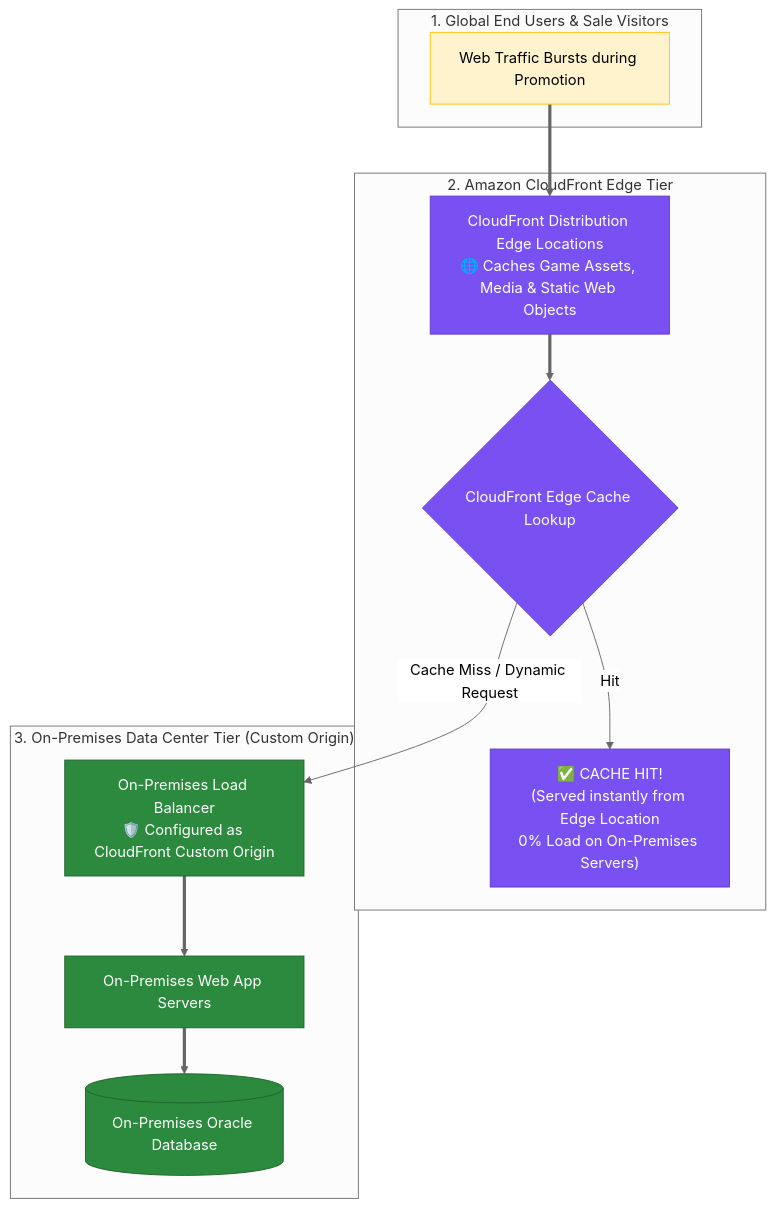
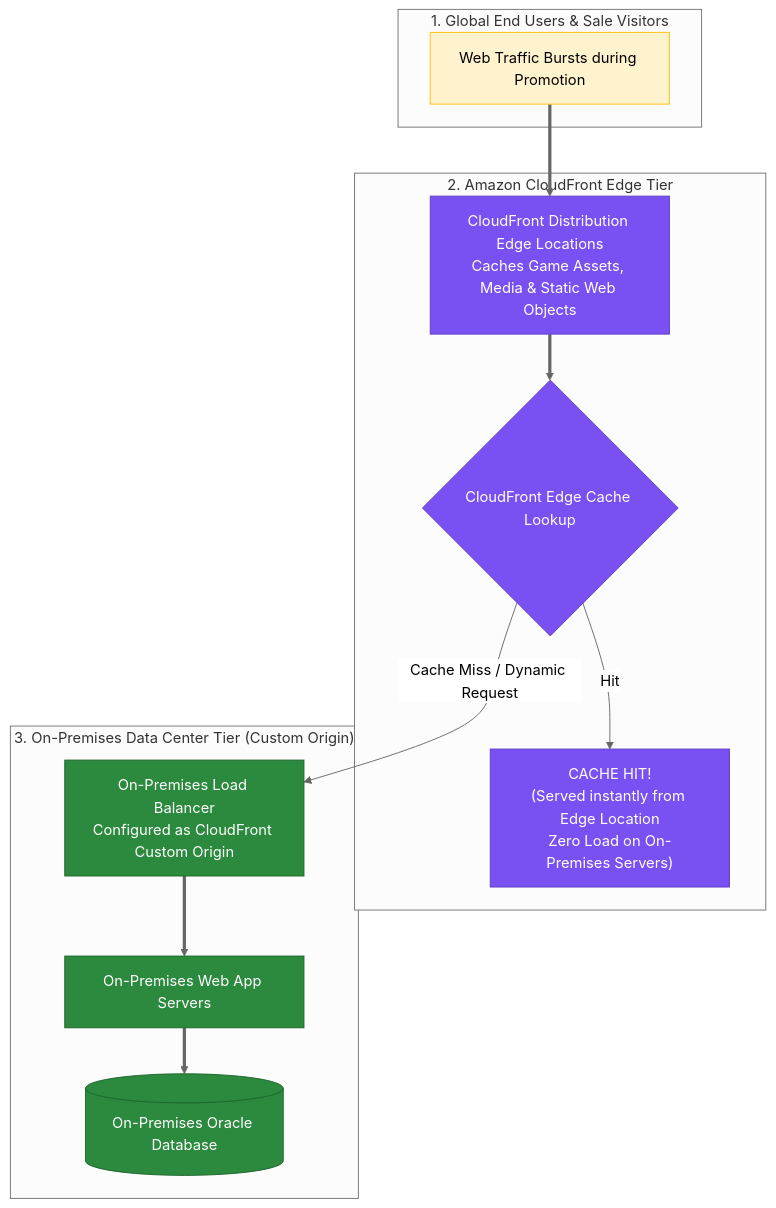
Before and after one commit to ReginRavi/AIP-C01: diagram 15 of 20 in Professional/3.3 Global service offerings (for example, AWS Global Accelerator, Amazon CloudFront, edge computing services).md, drawn with Mermaid (neutral theme). The commit also changed other lines of this file and 1 other file, not shown here.

Commit message:
Fix mermaid diagram syntax in Global service offerings and High-performing systems architectures notes

````diff
--- a/Professional/3.3 Global service offerings (for example, AWS Global Accelerator, Amazon CloudFront, edge computing services).md
+++ b/Professional/3.3 Global service offerings (for example, AWS Global Accelerator, Amazon CloudFront, edge computing services).md
@@ -786,31 +810,33 @@
 ```mermaid
 flowchart TD
     subgraph Viewers ["1. Global End Users & Sale Visitors"]
         Users["Web Traffic Bursts during Promotion"]
     end
 
     subgraph CloudFrontTier ["2. Amazon CloudFront Edge Tier"]
-        CF_Dist["CloudFront Distribution Edge Locations<br/>🌐 Caches Game Assets, Media & Static Web Objects"]
+        CF_Dist["CloudFront Distribution Edge Locations<br/>Caches Game Assets, Media & Static Web Objects"]
         EdgeCache{"CloudFront Edge Cache Lookup"}
-        CacheHit["✅ CACHE HIT!<br/>(Served instantly from Edge Location<br/>0% Load on On-Premises Servers)"]
-
-        Users ==> CF_Dist ==> EdgeCache
-        EdgeCache -- "Hit" --> CacheHit
+        CacheHit["CACHE HIT!<br/>(Served instantly from Edge Location<br/>Zero Load on On-Premises Servers)"]
     end
 
     subgraph OnPremOrigin ["3. On-Premises Data Center Tier (Custom Origin)"]
-        OnPremELB["On-Premises Load Balancer<br/>🛡️ Configured as CloudFront Custom Origin"]
+        OnPremELB["On-Premises Load Balancer<br/>Configured as CloudFront Custom Origin"]
         WebFleet["On-Premises Web App Servers"]
         OracleDB[("On-Premises Oracle Database")]
+    end
 
-        EdgeCache -- "Cache Miss / Dynamic Request" --> OnPremELB ==> WebFleet ==> OracleDB
-    end
+    Users ==> CF_Dist
+    CF_Dist ==> EdgeCache
+    EdgeCache -- "Hit" --> CacheHit
+    EdgeCache -- "Cache Miss / Dynamic Request" --> OnPremELB
+    OnPremELB ==> WebFleet
+    WebFleet ==> OracleDB
 
     classDef viewer fill:#fff3cd,stroke:#ffc107,stroke-width:1px;
     classDef cf fill:#7950f2,stroke:#5f3dc4,color:#ffffff;
     classDef onprem fill:#2b8a3e,stroke:#1e632b,color:#ffffff;
 
     class Users viewer;
     class CF_Dist,EdgeCache,CacheHit cf;
     class OnPremELB,WebFleet,OracleDB onprem;
 ```
````
